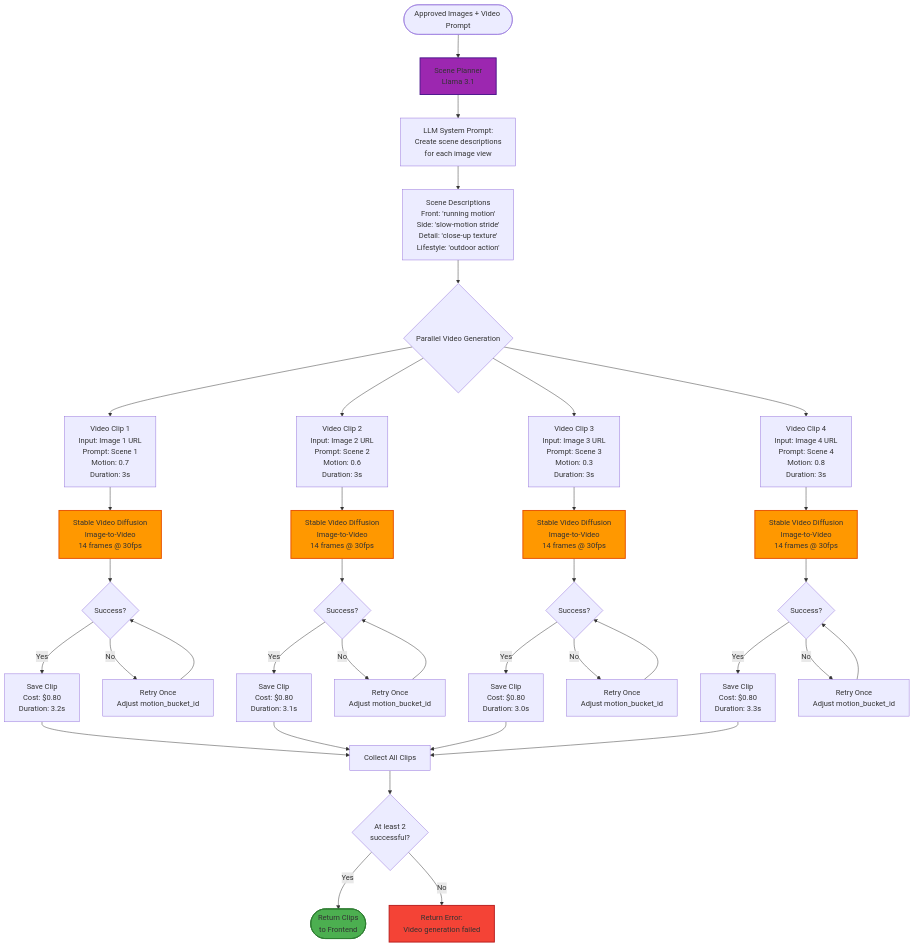
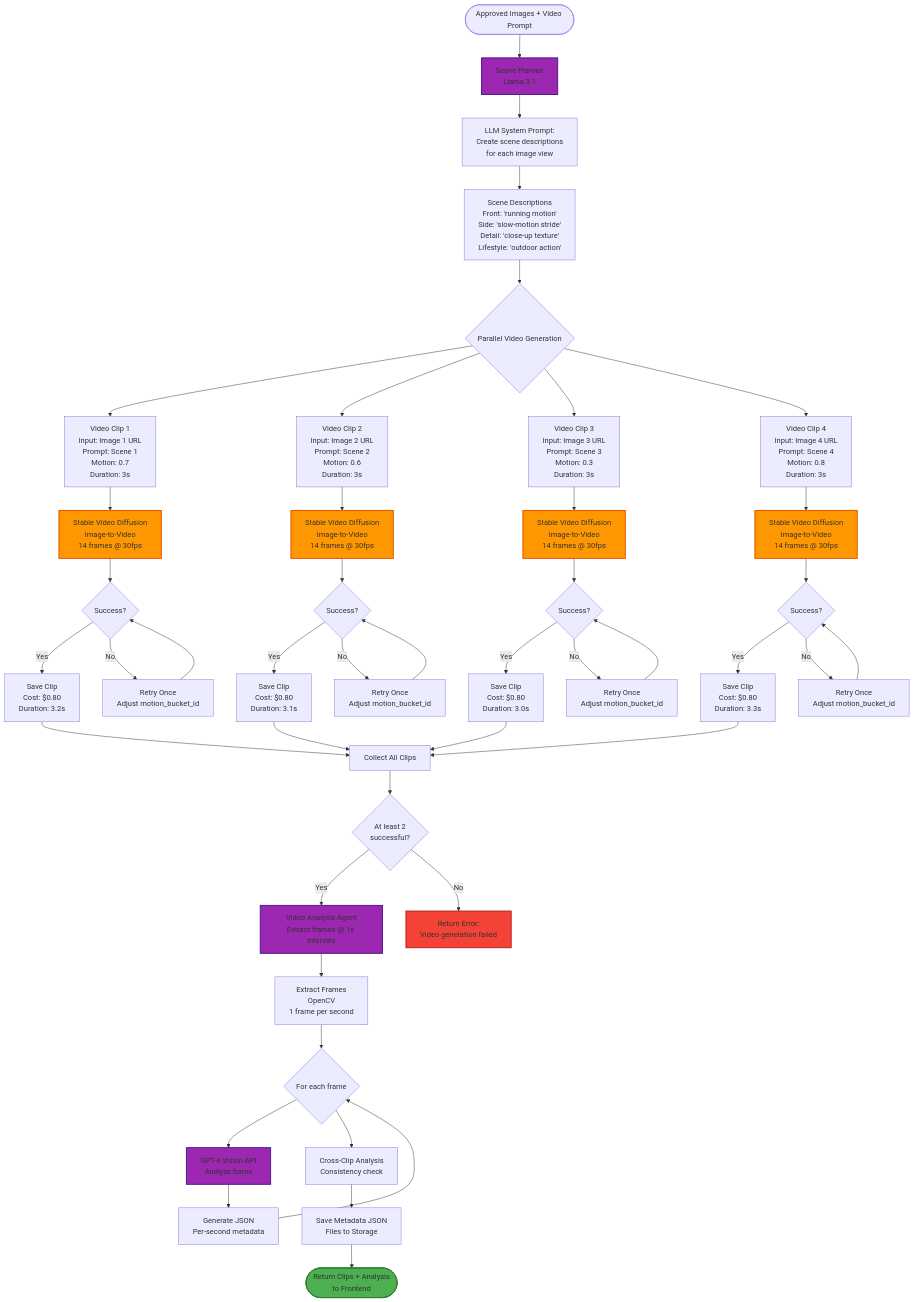
One commit to e-roy/ed-tech-pipeline changed the ninth of 15 diagrams in Architecture/MVParchitecture.md. Above: the diagram before and after it, drawn with Mermaid. The commit also changed other lines of this file and 4 other files, not shown here.

Commit message:
update @MVP_PRD.md  and also the pipline.md and mvparchitecture.md,  to include a 5th agent that will view the clips second by second and generate a json file of each clip to keep context of what is being generate to ble able to keep track and edit the videos to keep them together

````diff
--- a/Architecture/MVParchitecture.md
+++ b/Architecture/MVParchitecture.md
@@ -525,54 +553,65 @@
 ```mermaid
 flowchart TD
     START([Approved Images + Video Prompt]) --> SCENE_PLAN[Scene Planner<br/>Llama 3.1]
 
     SCENE_PLAN --> LLM2[LLM System Prompt:<br/>Create scene descriptions<br/>for each image view]
 
     LLM2 --> SCENES[Scene Descriptions<br/>Front: 'running motion'<br/>Side: 'slow-motion stride'<br/>Detail: 'close-up texture'<br/>Lifestyle: 'outdoor action']
 
     SCENES --> PARALLEL{Parallel Video Generation}
 
     PARALLEL --> CLIP1[Video Clip 1<br/>Input: Image 1 URL<br/>Prompt: Scene 1<br/>Motion: 0.7<br/>Duration: 3s]
     PARALLEL --> CLIP2[Video Clip 2<br/>Input: Image 2 URL<br/>Prompt: Scene 2<br/>Motion: 0.6<br/>Duration: 3s]
     PARALLEL --> CLIP3[Video Clip 3<br/>Input: Image 3 URL<br/>Prompt: Scene 3<br/>Motion: 0.3<br/>Duration: 3s]
     PARALLEL --> CLIP4[Video Clip 4<br/>Input: Image 4 URL<br/>Prompt: Scene 4<br/>Motion: 0.8<br/>Duration: 3s]
 
     CLIP1 --> SVD1[Stable Video Diffusion<br/>Image-to-Video<br/>14 frames @ 30fps]
     CLIP2 --> SVD2[Stable Video Diffusion<br/>Image-to-Video<br/>14 frames @ 30fps]
     CLIP3 --> SVD3[Stable Video Diffusion<br/>Image-to-Video<br/>14 frames @ 30fps]
     CLIP4 --> SVD4[Stable Video Diffusion<br/>Image-to-Video<br/>14 frames @ 30fps]
 
     SVD1 --> CHECK1{Success?}
     SVD2 --> CHECK2{Success?}
     SVD3 --> CHECK3{Success?}
     SVD4 --> CHECK4{Success?}
 
     CHECK1 -->|Yes| SAVE1[Save Clip<br/>Cost: $0.80<br/>Duration: 3.2s]
     CHECK2 -->|Yes| SAVE2[Save Clip<br/>Cost: $0.80<br/>Duration: 3.1s]
     CHECK3 -->|Yes| SAVE3[Save Clip<br/>Cost: $0.80<br/>Duration: 3.0s]
     CHECK4 -->|Yes| SAVE4[Save Clip<br/>Cost: $0.80<br/>Duration: 3.3s]
 
     CHECK1 -->|No| RETRY1[Retry Once<br/>Adjust motion_bucket_id]
     CHECK2 -->|No| RETRY2[Retry Once<br/>Adjust motion_bucket_id]
     CHECK3 -->|No| RETRY3[Retry Once<br/>Adjust motion_bucket_id]
     CHECK4 -->|No| RETRY4[Retry Once<br/>Adjust motion_bucket_id]
 
     RETRY1 --> CHECK1
     RETRY2 --> CHECK2
     RETRY3 --> CHECK3
     RETRY4 --> CHECK4
 
     SAVE1 & SAVE2 & SAVE3 & SAVE4 --> COLLECT[Collect All Clips]
 
     COLLECT --> VALIDATE{At least 2<br/>successful?}
-    VALIDATE -->|Yes| SUCCESS([Return Clips<br/>to Frontend])
+    VALIDATE -->|Yes| ANALYZE[Video Analysis Agent<br/>Extract frames @ 1s intervals]
     VALIDATE -->|No| ERROR[Return Error:<br/>Video generation failed]
+
+    ANALYZE --> EXTRACT[Extract Frames<br/>OpenCV<br/>1 frame per second]
+    EXTRACT --> VISION_LOOP{For each frame}
+    VISION_LOOP --> VISION_API[GPT-4 Vision API<br/>Analyze frame]
+    VISION_API --> JSON[Generate JSON<br/>Per-second metadata]
+    JSON --> VISION_LOOP
+    VISION_LOOP --> CROSS_ANALYSIS[Cross-Clip Analysis<br/>Consistency check]
+    CROSS_ANALYSIS --> SAVE_METADATA[Save Metadata JSON<br/>Files to Storage]
+    SAVE_METADATA --> SUCCESS([Return Clips + Analysis<br/>to Frontend])
 
     style SCENE_PLAN fill:#9C27B0,stroke:#4A148C,stroke-width:2px
     style SVD1 fill:#FF9800,stroke:#E65100,stroke-width:2px
     style SVD2 fill:#FF9800,stroke:#E65100,stroke-width:2px
     style SVD3 fill:#FF9800,stroke:#E65100,stroke-width:2px
     style SVD4 fill:#FF9800,stroke:#E65100,stroke-width:2px
+    style ANALYZE fill:#9C27B0,stroke:#4A148C,stroke-width:2px
+    style VISION_API fill:#9C27B0,stroke:#4A148C,stroke-width:2px
     style SUCCESS fill:#4CAF50,stroke:#2E7D32,stroke-width:2px
     style ERROR fill:#F44336,stroke:#B71C1C,stroke-width:2px
 ```
````
